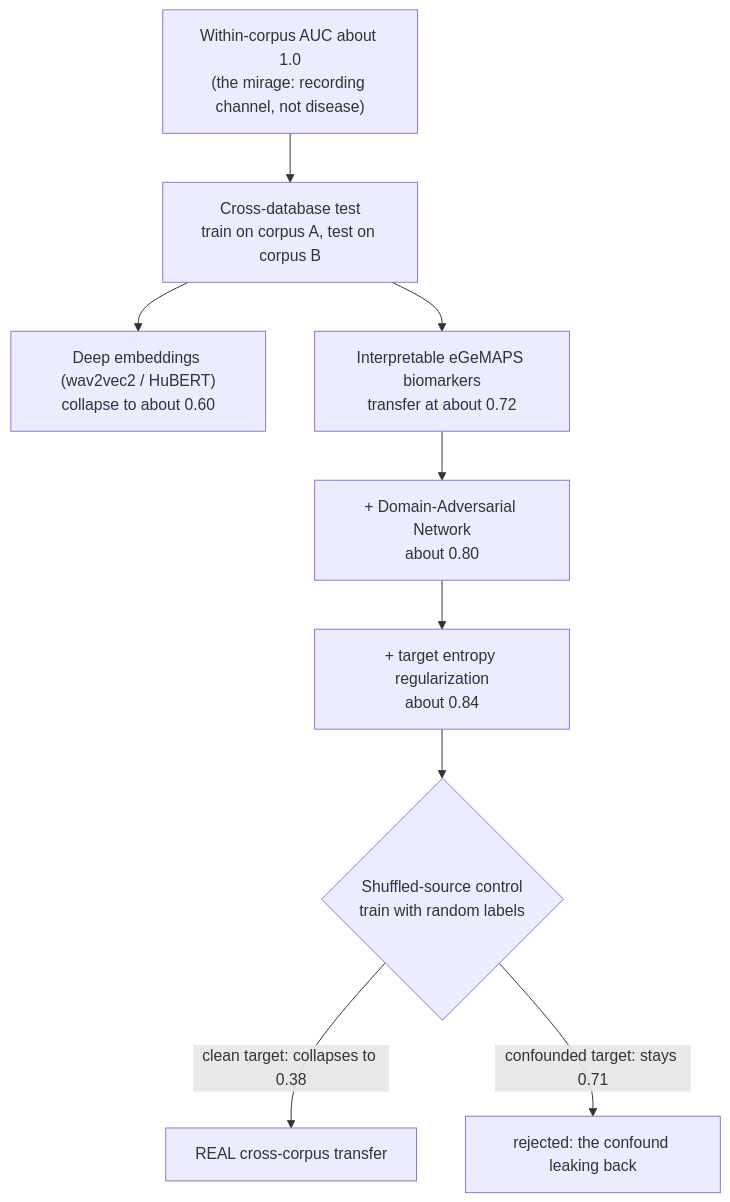
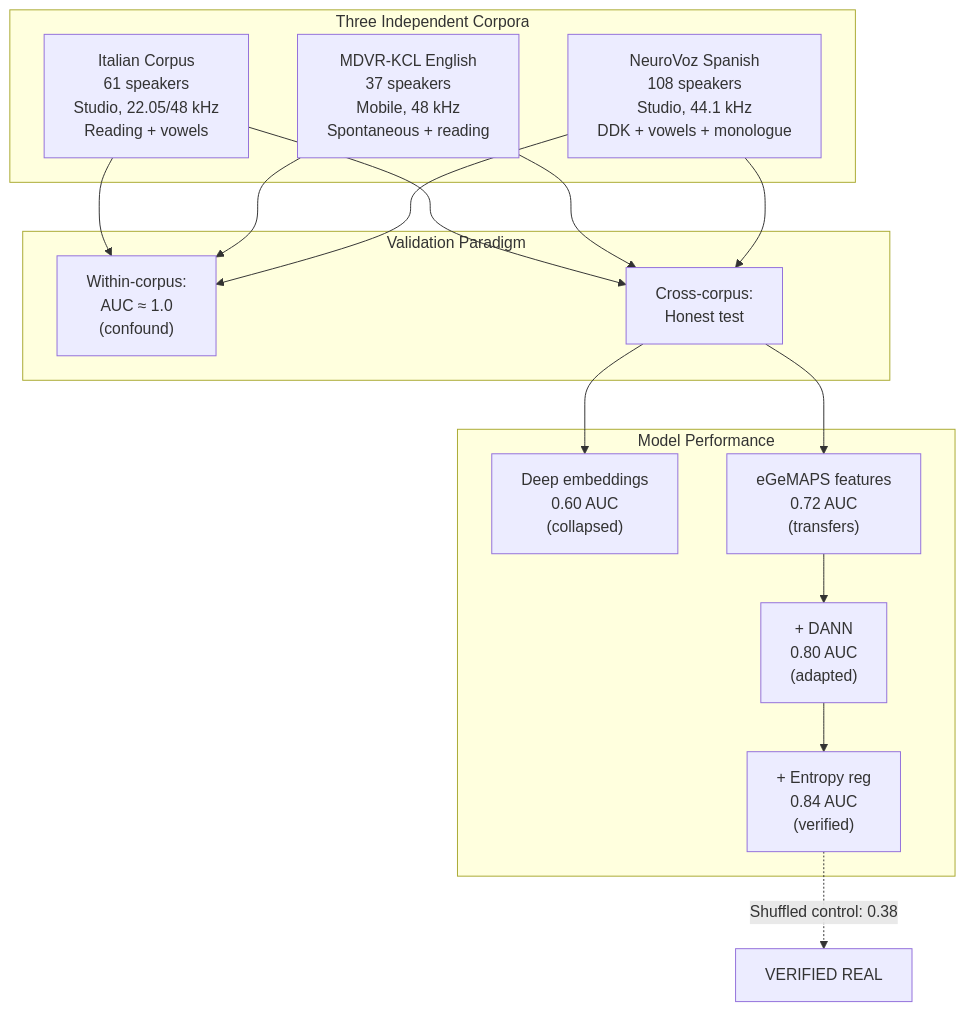
The first of 6 diagrams in README.md (ahammadshawki8/CADENCE), drawn with Mermaid before and after one commit. The commit also changed other lines of this file and 3 other files, not shown here.

````diff
--- a/README.md
+++ b/README.md
@@ -52,12 +68,35 @@
 ```mermaid
 flowchart TD
-    W["Within-corpus AUC about 1.0<br/>(the mirage: recording channel, not disease)"]
-    W --> X["Cross-database test<br/>train on corpus A, test on corpus B"]
-    X --> H["Deep embeddings (wav2vec2 / HuBERT)<br/>collapse to about 0.60"]
-    X --> E["Interpretable eGeMAPS biomarkers<br/>transfer at about 0.72"]
-    E --> D["+ Domain-Adversarial Network<br/>about 0.80"]
-    D --> R["+ target entropy regularization<br/>about 0.84"]
-    R --> S{"Shuffled-source control<br/>train with random labels"}
-    S -->|"clean target: collapses to 0.38"| OK["REAL cross-corpus transfer"]
-    S -->|"confounded target: stays 0.71"| BAD["rejected: the confound leaking back"]
+    subgraph Corpora["Three Independent Corpora"]
+        IT["Italian Corpus<br/>61 speakers<br/>Studio, 22.05/48 kHz<br/>Reading + vowels"]
+        EN["MDVR-KCL English<br/>37 speakers<br/>Mobile, 48 kHz<br/>Spontaneous + reading"]
+        ES["NeuroVoz Spanish<br/>108 speakers<br/>Studio, 44.1 kHz<br/>DDK + vowels + monologue"]
+    end
+    
+    subgraph Validation["Validation Paradigm"]
+        W["Within-corpus:<br/>AUC ≈ 1.0<br/>(confound)"]
+        X["Cross-corpus:<br/>Honest test"]
+    end
+    
+    subgraph Results["Model Performance"]
+        D["Deep embeddings<br/>0.60 AUC<br/>(collapsed)"]
+        E["eGeMAPS features<br/>0.72 AUC<br/>(transfers)"]
+        A["+ DANN<br/>0.80 AUC<br/>(adapted)"]
+        R["+ Entropy reg<br/>0.84 AUC<br/>(verified)"]
+    end
+    
+    IT --> W
+    EN --> W
+    ES --> W
+    
+    IT --> X
+    EN --> X
+    ES --> X
+    
+    X --> D
+    X --> E
+    E --> A
+    A --> R
+    
+    R -.->|"Shuffled control: 0.38"| V["VERIFIED REAL"]
 ```
````
